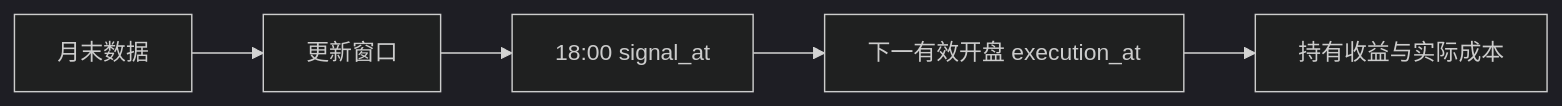
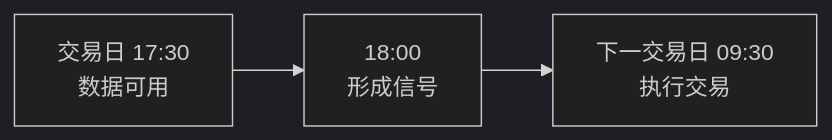
The diagram in content/quickstart.qmd (ph-kleene/quant-research-onboarding), drawn with Mermaid (dark theme) before and after one commit. The commit also changed other lines of this file and 18 other files, not shown here.

````diff
--- a/content/quickstart.qmd
+++ b/content/quickstart.qmd
@@ -17,7 +27,5 @@
 ```{mermaid}
 flowchart LR
-  A[月末数据] --> B[更新窗口]
-  B --> C[18:00 signal_at]
-  C --> D[下一有效开盘 execution_at]
-  D --> E[持有收益与实际成本]
+    A[交易日 17:30<br/>数据可用] --> B[18:00<br/>形成信号]
+    B --> C[下一交易日 09:30<br/>执行交易]
 ```
````
